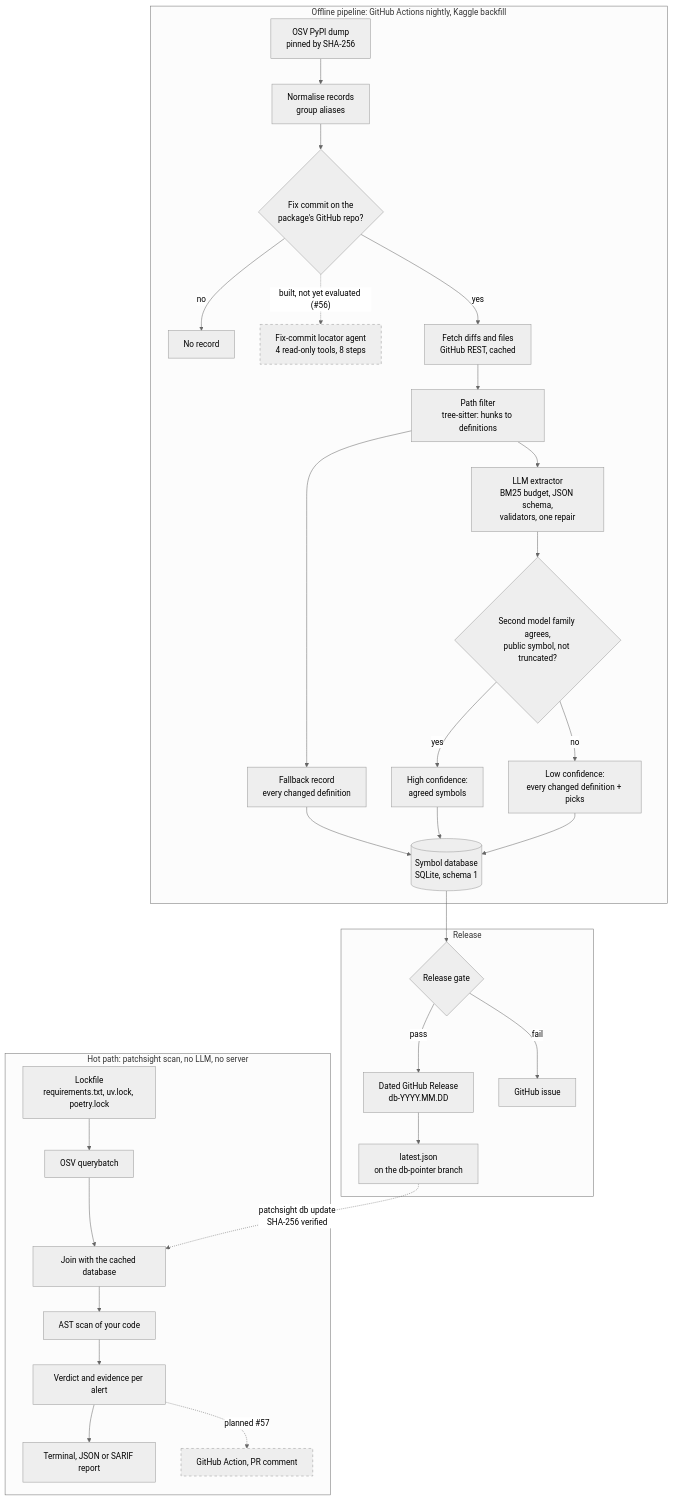
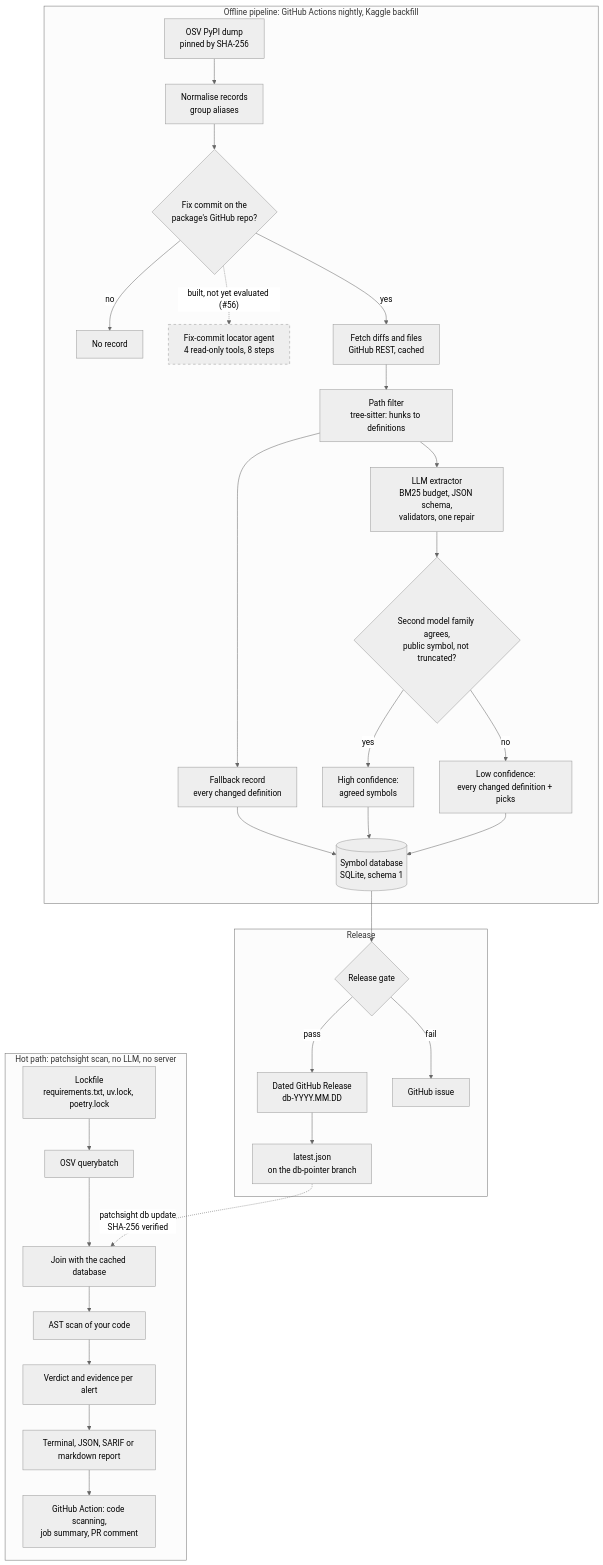
One commit to professor3333/PatchSight changed the diagram in docs/architecture.md. Above: the diagram before and after it, drawn with Mermaid (neutral theme). The commit also changed other lines of this file, not shown here.

Commit message:
Architecture: the Action, its job summary and pull-request comment are built
The hot-path diagram still marked the GitHub Action and its PR comment as planned; the Action has existed since 0.4.0 and the comment is built now. The report step lists the markdown format and what the Action does with each report. The README and PyPI page document the comment input with the release that ships it.

````diff
--- a/docs/architecture.md
+++ b/docs/architecture.md
@@ -10,35 +10,35 @@
 ```mermaid
 flowchart TB
     subgraph OFFLINE["Offline pipeline: GitHub Actions nightly, Kaggle backfill"]
         A["OSV PyPI dump<br/>pinned by SHA-256"] --> B["Normalise records<br/>group aliases"]
         B --> C{"Fix commit on the<br/>package's GitHub repo?"}
         C -- no --> Z["No record"]
         C -. "built, not yet evaluated (#56)" .-> D["Fix-commit locator agent<br/>4 read-only tools, 8 steps"]:::planned
         C -- yes --> E["Fetch diffs and files<br/>GitHub REST, cached"]
         E --> F["Path filter<br/>tree-sitter: hunks to definitions"]
         F --> G["Fallback record<br/>every changed definition"]
         F --> H["LLM extractor<br/>BM25 budget, JSON schema,<br/>validators, one repair"]
         H --> I{"Second model family agrees,<br/>public symbol, not truncated?"}
         I -- yes --> HI["High confidence:<br/>agreed symbols"]
         I -- no --> LO["Low confidence:<br/>every changed definition + picks"]
         G --> K[("Symbol database<br/>SQLite, schema 1")]
         HI --> K
         LO --> K
     end
     subgraph RELEASE["Release"]
         K --> Q{"Release gate"}
         Q -- pass --> R["Dated GitHub Release<br/>db-YYYY.MM.DD"]
         R --> P["latest.json<br/>on the db-pointer branch"]
         Q -- fail --> X["GitHub issue"]
     end
     subgraph HOT["Hot path: patchsight scan, no LLM, no server"]
         L["Lockfile<br/>requirements.txt, uv.lock, poetry.lock"] --> M["OSV querybatch"]
         M --> N["Join with the cached database"]
         N --> O["AST scan of your code"]
         O --> V["Verdict and evidence per alert"]
-        V --> T["Terminal, JSON or SARIF report"]
-        V -. "planned #57" .-> S["GitHub Action, PR comment"]:::planned
+        V --> T["Terminal, JSON, SARIF or markdown report"]
+        T --> S["GitHub Action: code scanning,<br/>job summary, PR comment"]
     end
     P -. "patchsight db update<br/>SHA-256 verified" .-> N
     classDef planned stroke-dasharray: 5 5
 ```
````
